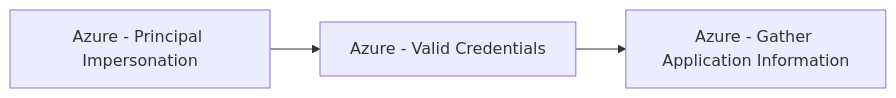
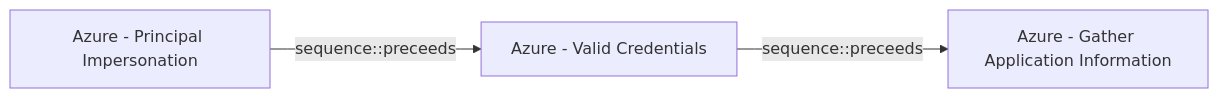
The diagram in docs/threats/azure-principal-impersonation.md (opentidehq/library), drawn with Mermaid before and after one commit. The commit also changed other lines of this file and 277 other files, not shown here.

````diff
--- a/docs/threats/azure-principal-impersonation.md
+++ b/docs/threats/azure-principal-impersonation.md
@@ -62,8 +100,8 @@
 ```mermaid
 flowchart LR
 bb2501d5_99c7_44a6_ac5a_9510102d6611["Azure - Principal Impersonation"]
 2743bf18_3b86_4721_bf3e_153dcda0b149["Azure - Valid Credentials"]
 fe6827f2_efb4_43b3_9ca3_b7d417111b32["Azure - Gather Application Information"]
-bb2501d5_99c7_44a6_ac5a_9510102d6611 --> 2743bf18_3b86_4721_bf3e_153dcda0b149
-2743bf18_3b86_4721_bf3e_153dcda0b149 --> fe6827f2_efb4_43b3_9ca3_b7d417111b32
+bb2501d5_99c7_44a6_ac5a_9510102d6611 -->|sequence::preceeds| 2743bf18_3b86_4721_bf3e_153dcda0b149
+2743bf18_3b86_4721_bf3e_153dcda0b149 -->|sequence::preceeds| fe6827f2_efb4_43b3_9ca3_b7d417111b32
 ```
````
